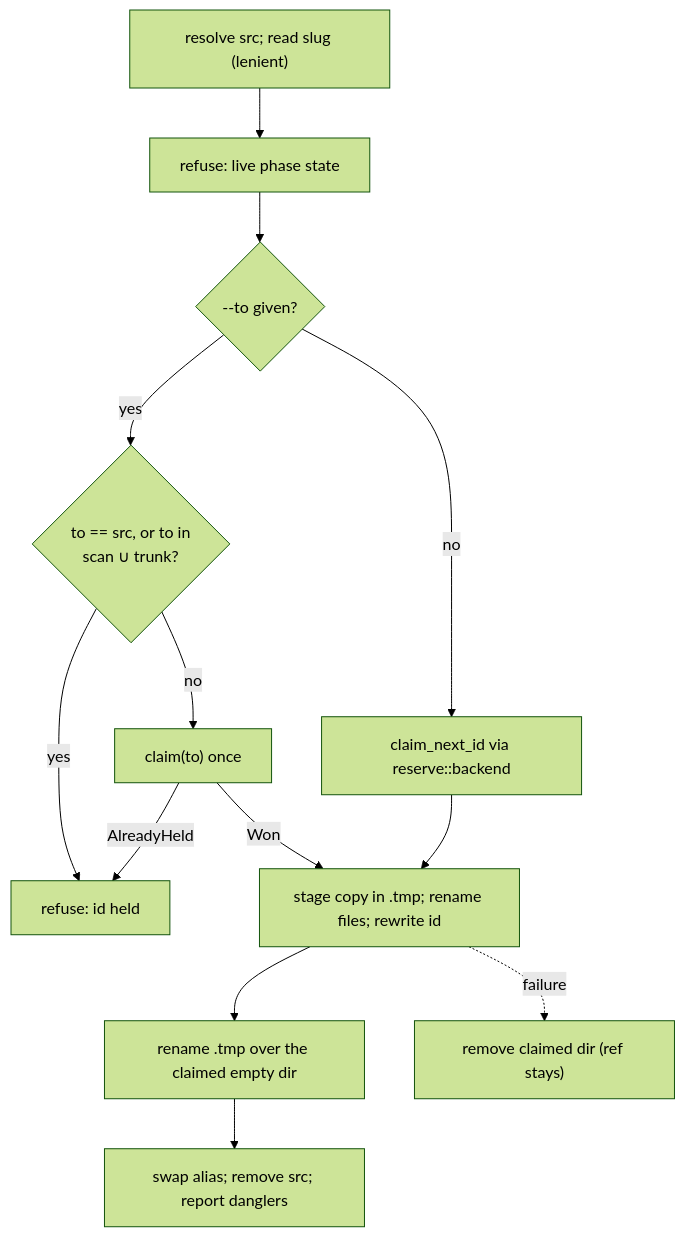
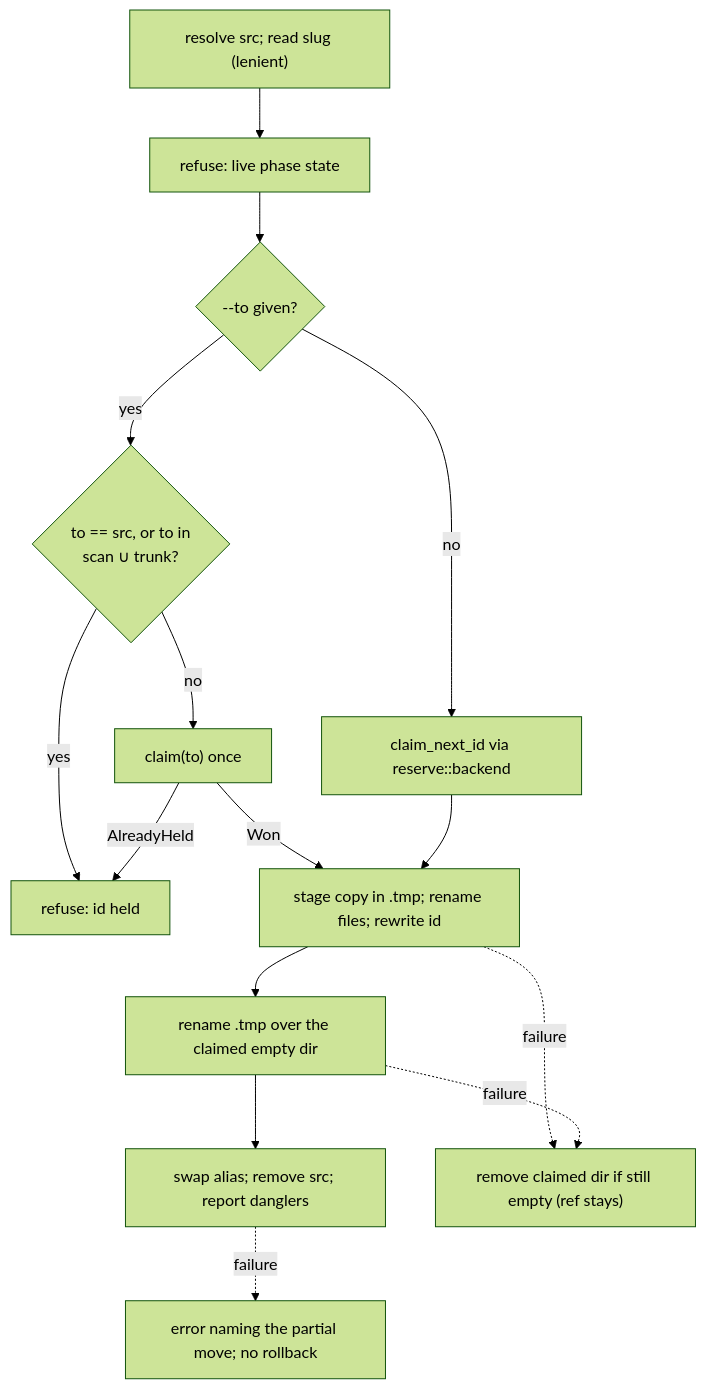
Before and after one commit to davidlee/doctrine: the third of 3 diagrams in .doctrine/slice/269/design.md, drawn with Mermaid (forest theme). The commit also changed other lines of this file and 6 other files, not shown here.

````diff
--- a/.doctrine/slice/269/design.md
+++ b/.doctrine/slice/269/design.md
@@ -215,15 +246,17 @@
 ```mermaid
 flowchart TD
   A["resolve src; read slug (lenient)"] --> B["refuse: live phase state"]
   B --> C{"--to given?"}
   C -- no --> D["claim_next_id via reserve::backend"]
   C -- yes --> E{"to == src, or to in<br/>scan ∪ trunk?"}
   E -- yes --> X["refuse: id held"]
   E -- no --> F["claim(to) once"]
   F -- AlreadyHeld --> X
   F -- Won --> G
   D --> G["stage copy in .tmp; rename files; rewrite id"]
   G --> H["rename .tmp over the claimed empty dir"]
   H --> I["swap alias; remove src; report danglers"]
-  G -. failure .-> Y["remove claimed dir (ref stays)"]
+  G -. failure .-> Y["remove claimed dir if still empty (ref stays)"]
+  H -. failure .-> Y
+  I -. failure .-> Z["error naming the partial move; no rollback"]
 ```
````
